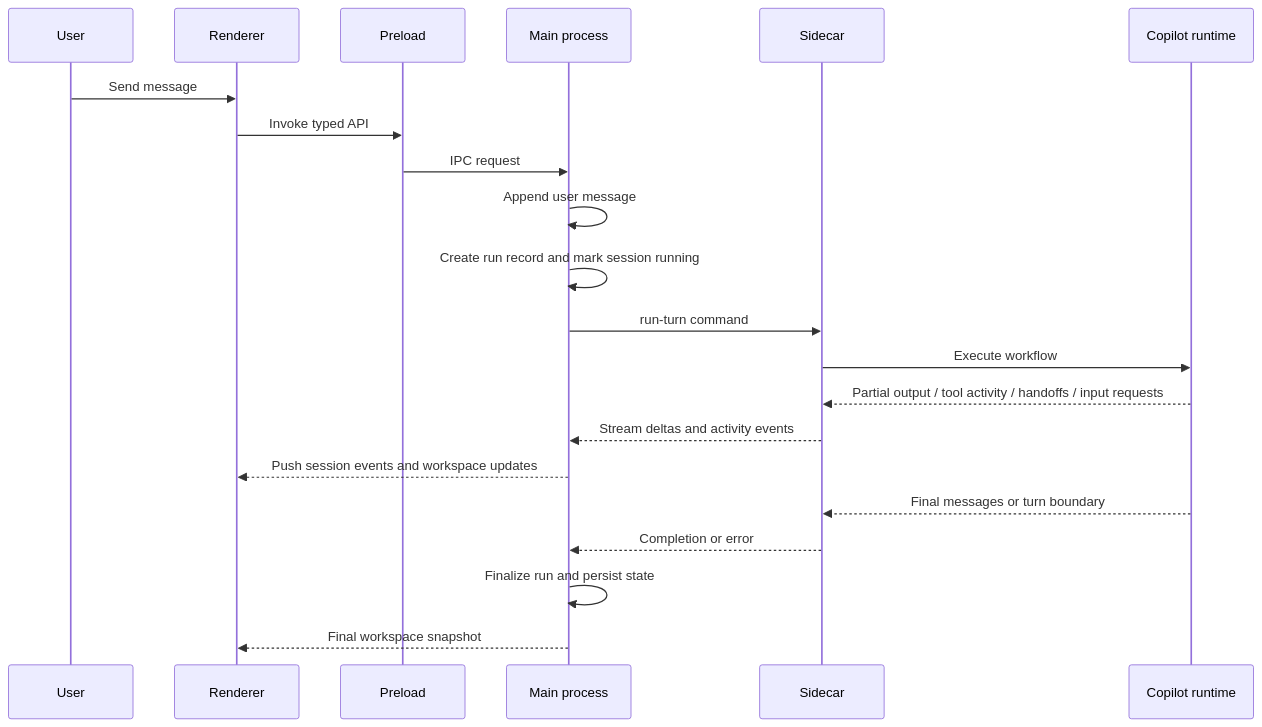
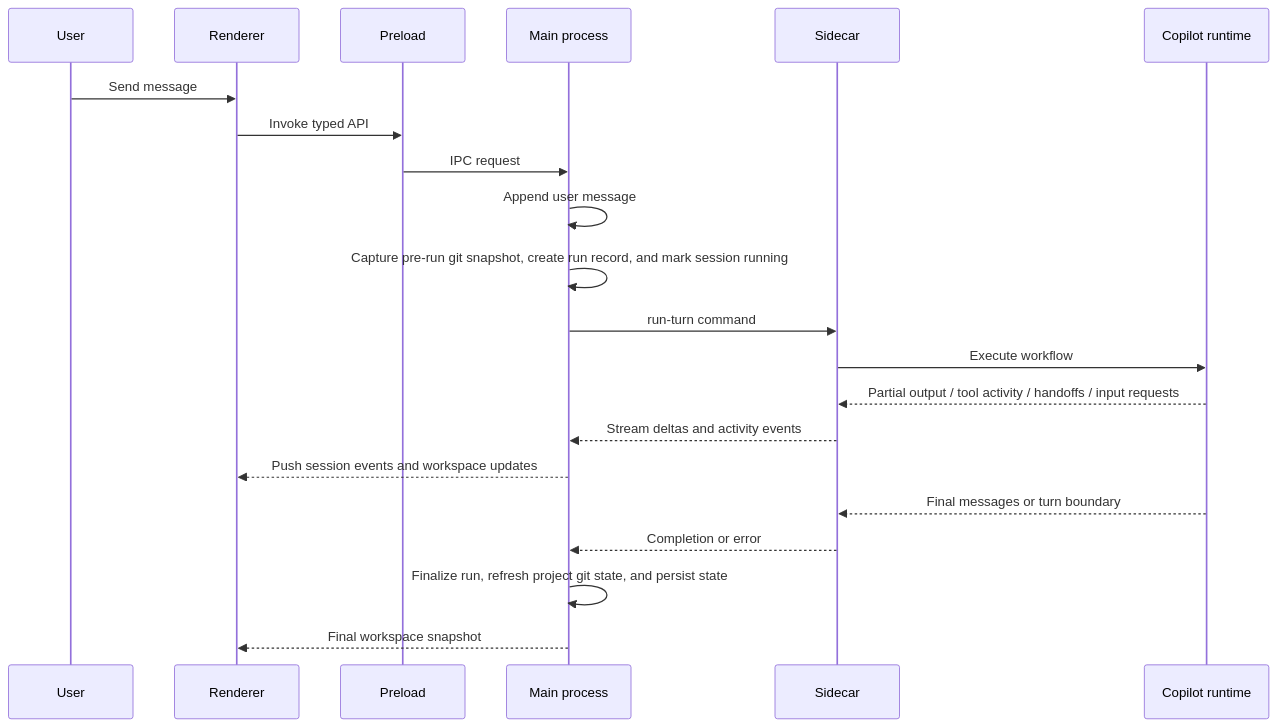
Before and after one commit to davidkaya/aryx: the second of 2 diagrams in ARCHITECTURE.md, drawn with Mermaid. The commit also changed other lines of this file and 16 other files, not shown here.

````diff
--- a/ARCHITECTURE.md
+++ b/ARCHITECTURE.md
@@ -79,24 +79,24 @@
 ```mermaid
 sequenceDiagram
     participant U as User
     participant R as Renderer
     participant P as Preload
     participant M as Main process
     participant S as Sidecar
     participant C as Copilot runtime
 
     U->>R: Send message
     R->>P: Invoke typed API
     P->>M: IPC request
     M->>M: Append user message
-    M->>M: Create run record and mark session running
+    M->>M: Capture pre-run git snapshot, create run record, and mark session running
     M->>S: run-turn command
     S->>C: Execute workflow
     C-->>S: Partial output / tool activity / handoffs / input requests
     S-->>M: Stream deltas and activity events
     M-->>R: Push session events and workspace updates
     C-->>S: Final messages or turn boundary
     S-->>M: Completion or error
-    M->>M: Finalize run and persist state
+    M->>M: Finalize run, refresh project git state, and persist state
     M-->>R: Final workspace snapshot
 ```
````
